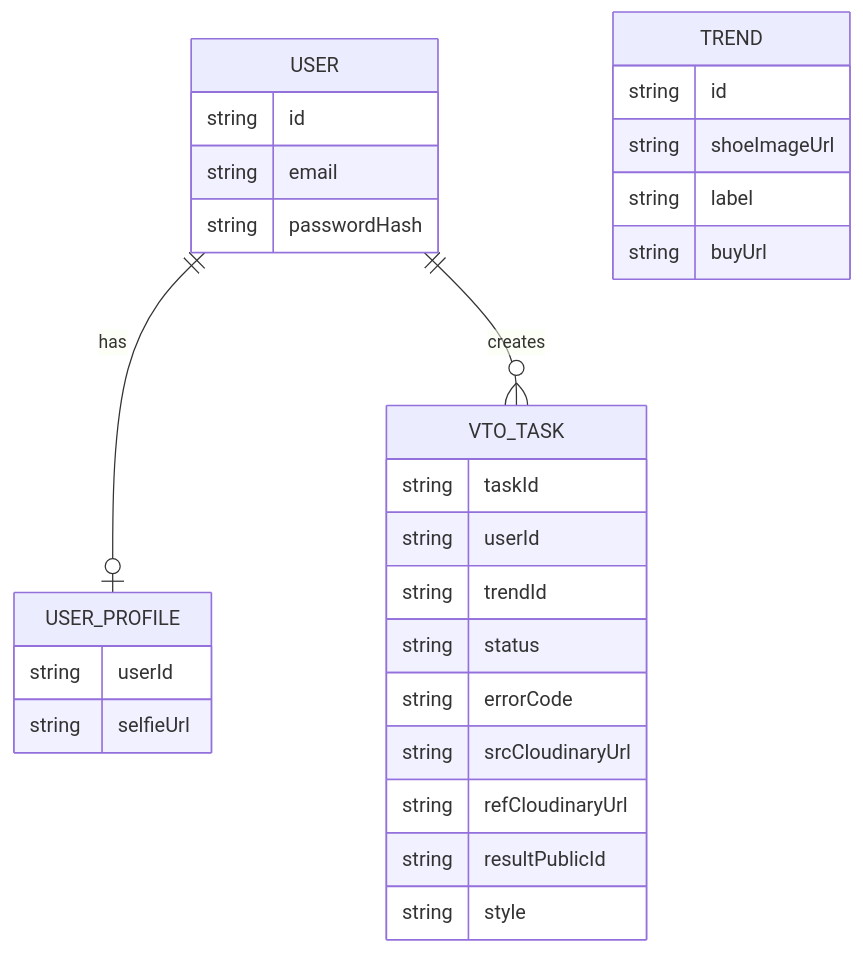
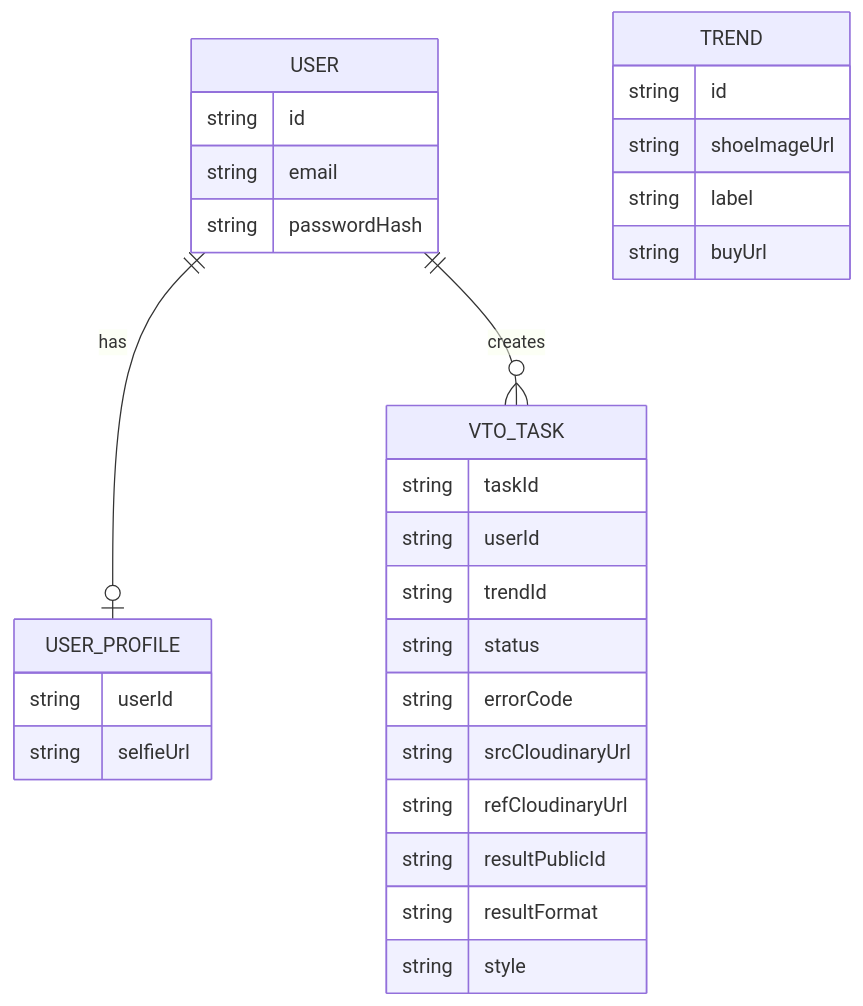
Before and after one commit to ujsolon/whattheheel: the third of 3 diagrams in _bmad-output/planning-artifacts/architecture/architecture-whattheheel-2026-08-16/ARCHITECTURE-SPINE.md, drawn with Mermaid. The commit also changed 16 other files, not shown here.

````diff
--- a/_bmad-output/planning-artifacts/architecture/architecture-whattheheel-2026-08-16/ARCHITECTURE-SPINE.md
+++ b/_bmad-output/planning-artifacts/architecture/architecture-whattheheel-2026-08-16/ARCHITECTURE-SPINE.md
@@ -165,31 +165,32 @@
 ```mermaid
 erDiagram
   USER ||--o| USER_PROFILE : has
   USER ||--o{ VTO_TASK : creates
   USER {
     string id
     string email
     string passwordHash
   }
   USER_PROFILE {
     string userId
     string selfieUrl
   }
   VTO_TASK {
     string taskId
     string userId
     string trendId
     string status
     string errorCode
     string srcCloudinaryUrl
     string refCloudinaryUrl
     string resultPublicId
+    string resultFormat
     string style
   }
   TREND {
     string id
     string shoeImageUrl
     string label
     string buyUrl
   }
 ```
````
